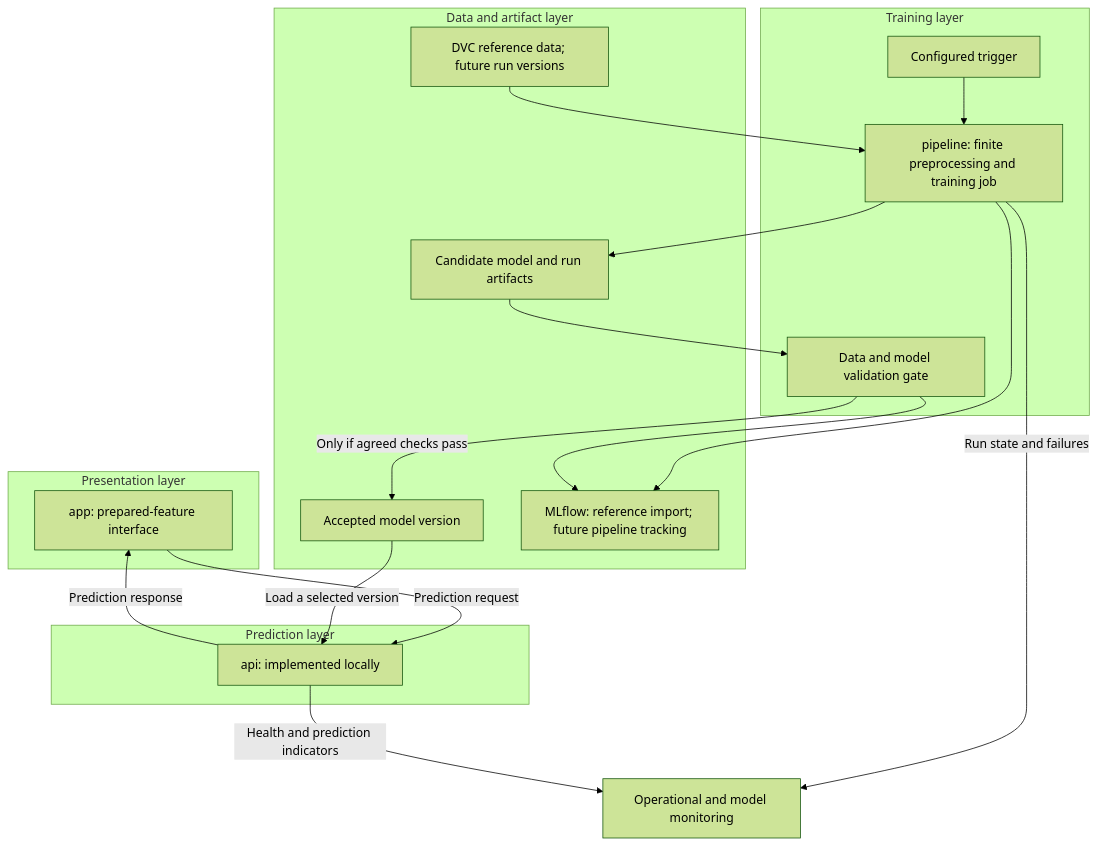
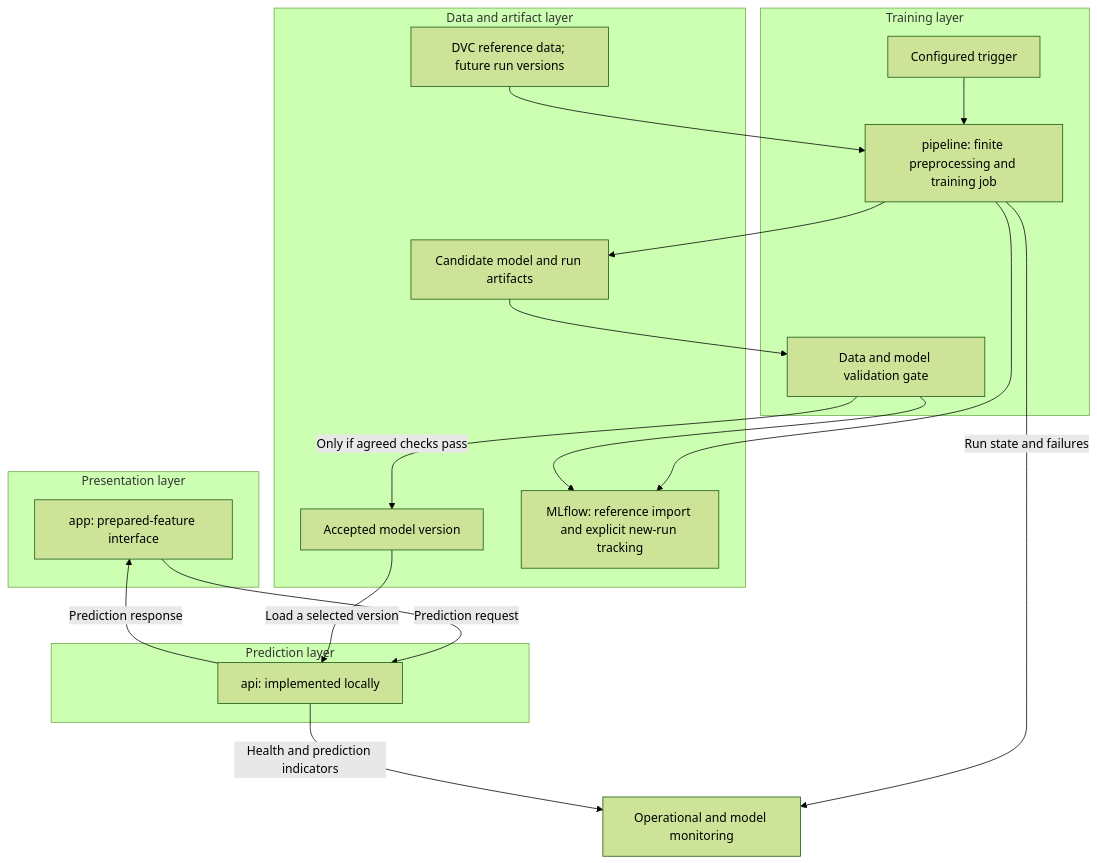
Before and after one commit to SiR1979/Template_MLOps_accidents: the fifth of 5 diagrams in docs/architecture.md, drawn with Mermaid (forest theme). The commit also changed other lines of this file and 6 other files, not shown here.

Commit message:
Add pipeline run tracking with provenance verification

````diff
--- a/docs/architecture.md
+++ b/docs/architecture.md
@@ -262,38 +287,38 @@
 ```mermaid
 flowchart TD
     subgraph PRESENTATION["Presentation layer"]
         APP["app: prepared-feature interface"]
     end
 
     subgraph SERVING["Prediction layer"]
         API["api: implemented locally"]
     end
 
     subgraph JOBS["Training layer"]
         TRIGGER["Configured trigger"]
         PIPELINE["pipeline: finite preprocessing and training job"]
         GATE["Data and model validation gate"]
     end
 
     subgraph STORAGE["Data and artifact layer"]
         DATASETS["DVC reference data; future run versions"]
         CANDIDATE["Candidate model and run artifacts"]
         ACCEPTED["Accepted model version"]
-        TRACKING["MLflow: reference import; future pipeline tracking"]
+        TRACKING["MLflow: reference import and explicit new-run tracking"]
     end
 
     MONITOR["Operational and model monitoring"]
 
     APP -->|"Prediction request"| API
     API -->|"Prediction response"| APP
     ACCEPTED -->|"Load a selected version"| API
     TRIGGER --> PIPELINE
     DATASETS --> PIPELINE
     PIPELINE --> CANDIDATE
     CANDIDATE --> GATE
     GATE -->|"Only if agreed checks pass"| ACCEPTED
     PIPELINE --> TRACKING
     GATE --> TRACKING
     PIPELINE -->|"Run state and failures"| MONITOR
     API -->|"Health and prediction indicators"| MONITOR
 ```
````
